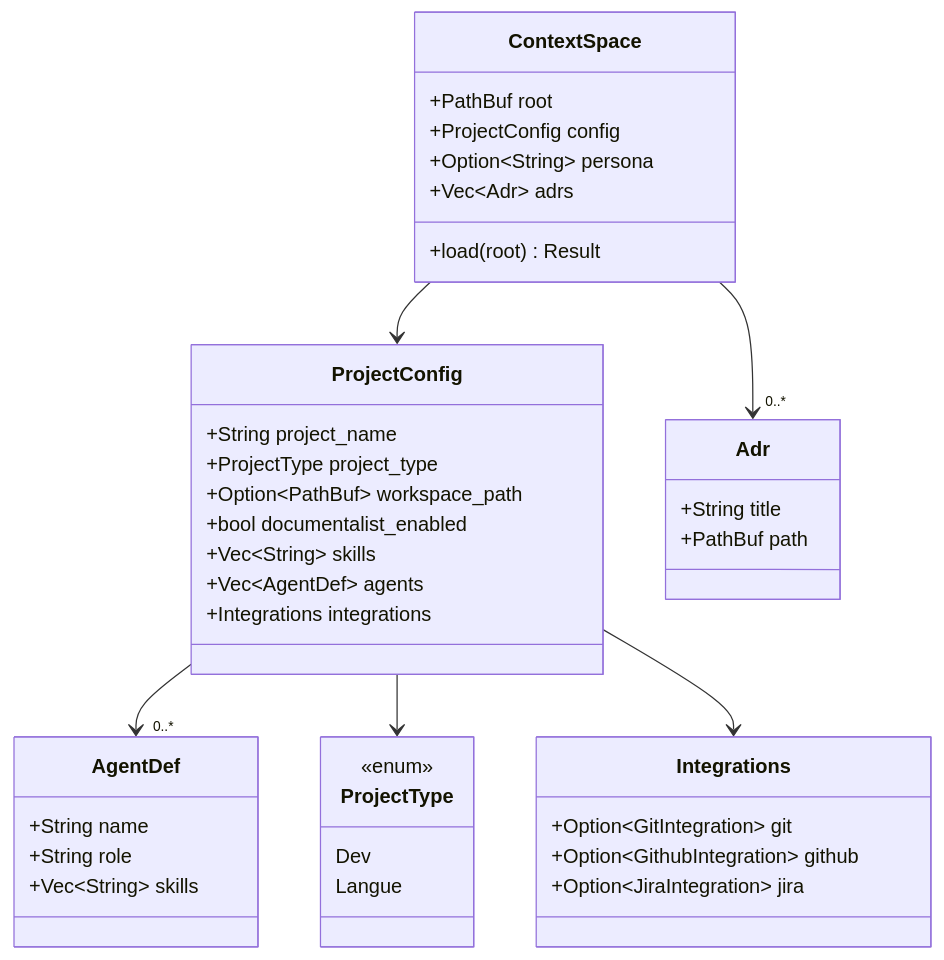
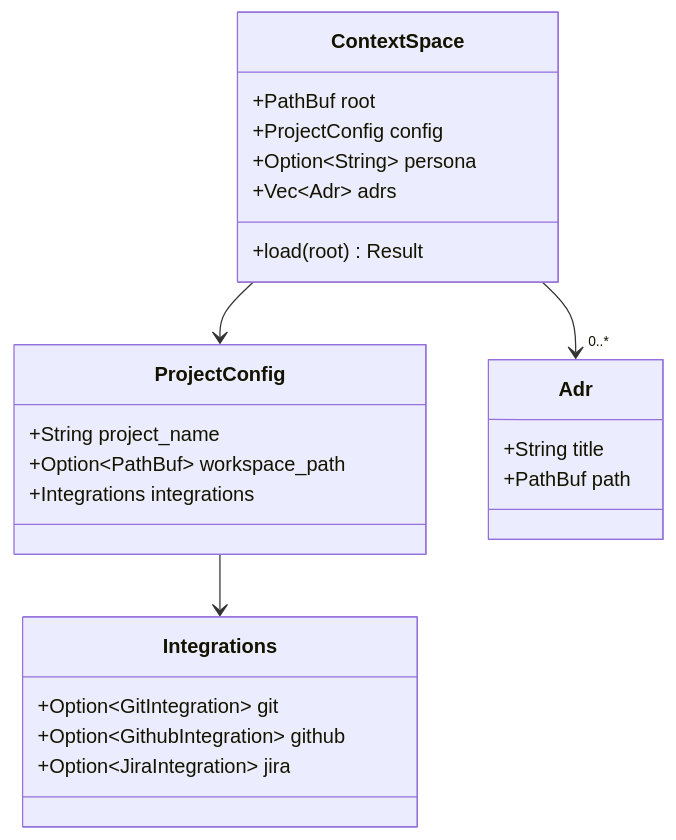
The second of 7 diagrams in docs/ARCHITECTURE.md (maximelarrieu/orchestra-ide), drawn with Mermaid before and after one commit. The commit also changed other lines of this file and 17 other files, not shown here.

First line of the commit message:
Refonte T3b : retrait de ProjectType et du schéma pré-câblé

````diff
--- a/docs/ARCHITECTURE.md
+++ b/docs/ARCHITECTURE.md
@@ -93,43 +92,27 @@
 ```mermaid
 classDiagram
     class ContextSpace {
         +PathBuf root
         +ProjectConfig config
         +Option~String~ persona
         +Vec~Adr~ adrs
         +load(root) Result
     }
     class ProjectConfig {
         +String project_name
-        +ProjectType project_type
         +Option~PathBuf~ workspace_path
-        +bool documentalist_enabled
-        +Vec~String~ skills
-        +Vec~AgentDef~ agents
         +Integrations integrations
-    }
-    class AgentDef {
-        +String name
-        +String role
-        +Vec~String~ skills
-    }
-    class ProjectType {
-        <<enum>>
-        Dev
-        Langue
     }
     class Integrations {
         +Option~GitIntegration~ git
         +Option~GithubIntegration~ github
         +Option~JiraIntegration~ jira
     }
     class Adr {
         +String title
         +PathBuf path
     }
     ContextSpace --> ProjectConfig
     ContextSpace --> "0..*" Adr
-    ProjectConfig --> "0..*" AgentDef
-    ProjectConfig --> ProjectType
     ProjectConfig --> Integrations
 ```
````
